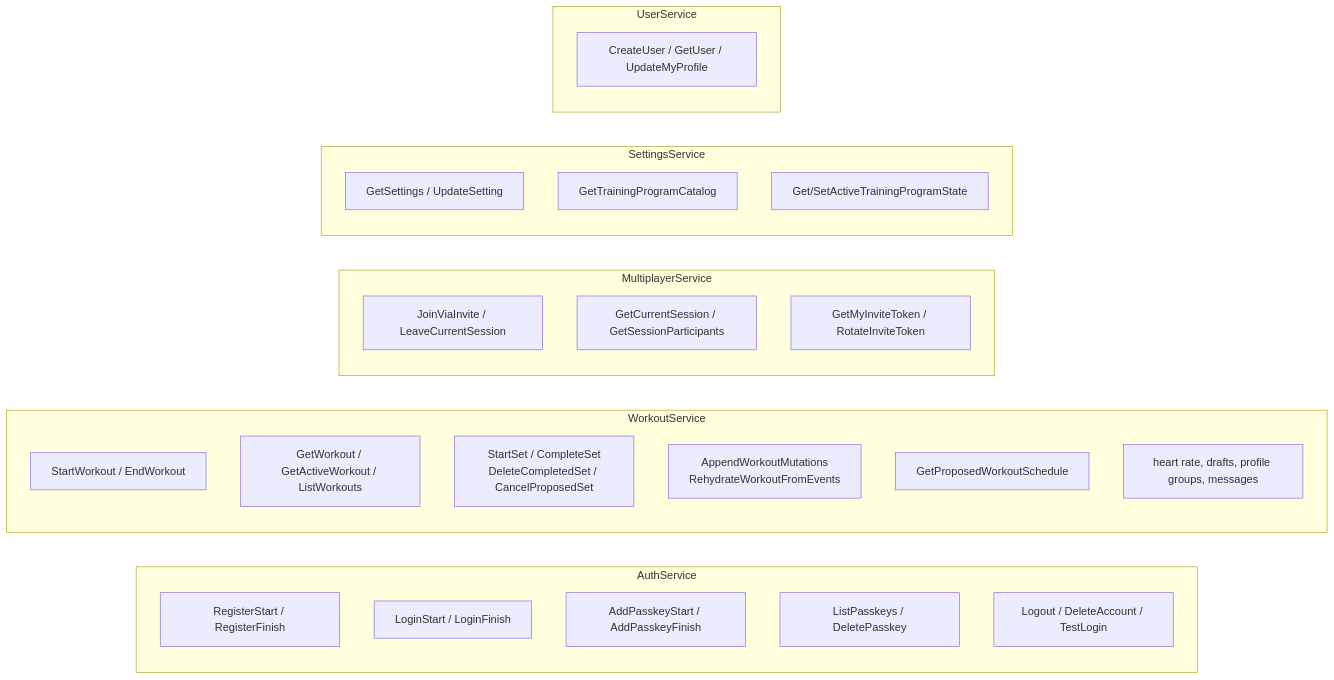
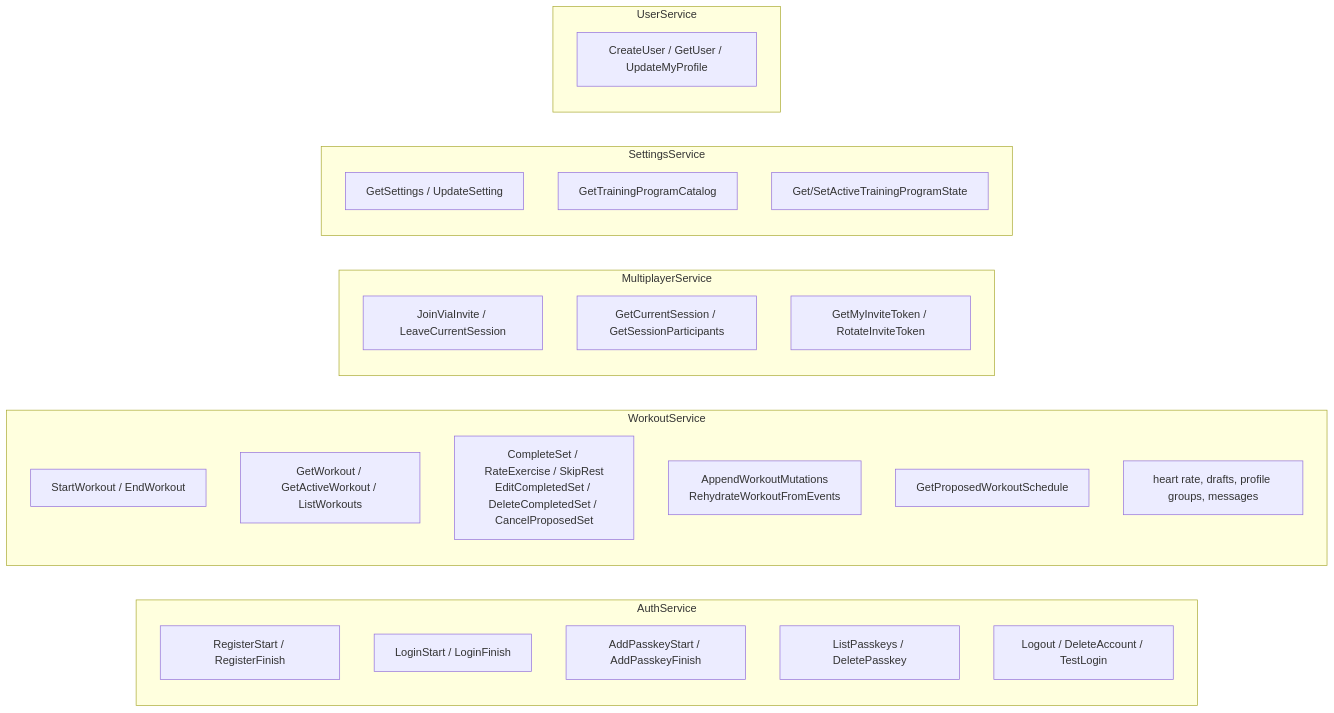
The third of 3 diagrams in docs/architecture/backend.md (brensch/lift), drawn with Mermaid before and after one commit. The commit also changed 228 other files, not shown here.

````diff
--- a/docs/architecture/backend.md
+++ b/docs/architecture/backend.md
@@ -137,31 +137,31 @@
 ```mermaid
 graph LR
     subgraph "AuthService"
         a1["RegisterStart / RegisterFinish"]
         a2["LoginStart / LoginFinish"]
         a3["AddPasskeyStart / AddPasskeyFinish"]
         a4["ListPasskeys / DeletePasskey"]
         a5["Logout / DeleteAccount / TestLogin"]
     end
     subgraph "WorkoutService"
         w1["StartWorkout / EndWorkout"]
         w2["GetWorkout / GetActiveWorkout / ListWorkouts"]
-        w3["StartSet / CompleteSet<br/>DeleteCompletedSet / CancelProposedSet"]
+        w3["CompleteSet / RateExercise / SkipRest<br/>EditCompletedSet / DeleteCompletedSet / CancelProposedSet"]
         w4["AppendWorkoutMutations<br/>RehydrateWorkoutFromEvents"]
         w5["GetProposedWorkoutSchedule"]
         w6["heart rate, drafts, profile groups, messages"]
     end
     subgraph "MultiplayerService"
         m1["JoinViaInvite / LeaveCurrentSession"]
         m2["GetCurrentSession / GetSessionParticipants"]
         m3["GetMyInviteToken / RotateInviteToken"]
     end
     subgraph "SettingsService"
         s1["GetSettings / UpdateSetting"]
         s2["GetTrainingProgramCatalog"]
         s3["Get/SetActiveTrainingProgramState"]
     end
     subgraph "UserService"
         u1["CreateUser / GetUser / UpdateMyProfile"]
     end
 ```
````
